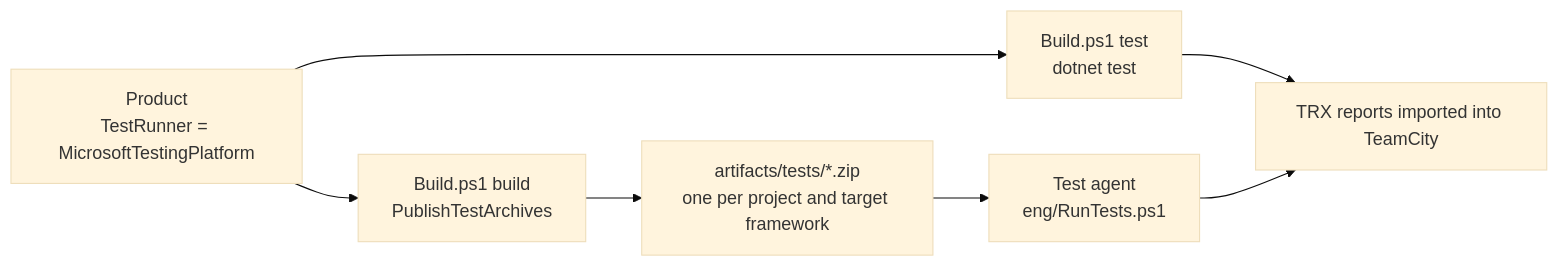
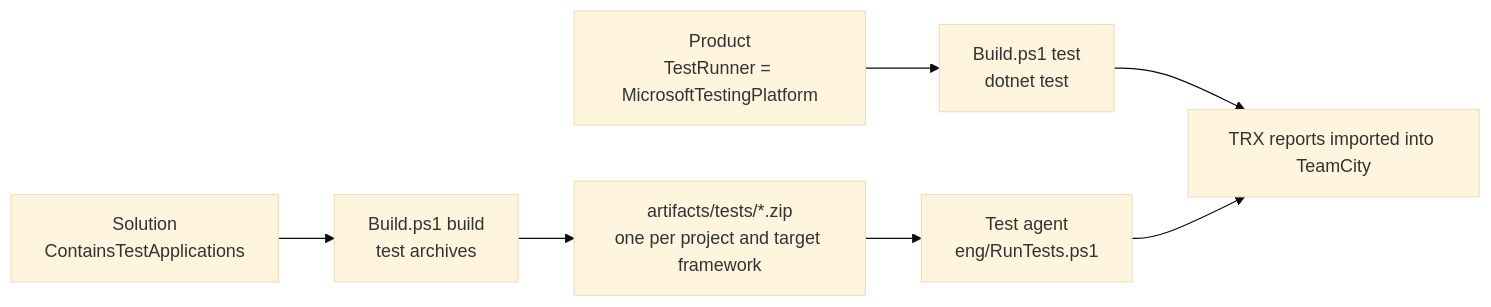
One commit to postsharp-ops/PostSharp.Engineering changed the diagram in doc/testing-platform.md. Above: the diagram before and after it, drawn with Mermaid (base theme). The commit also changed other lines of this file and 10 other files, not shown here.

First line of the commit message:
Derive the publication of the test archives from the solutions

````diff
--- a/doc/testing-platform.md
+++ b/doc/testing-platform.md
@@ -12,9 +12,9 @@
 ```mermaid
 flowchart LR
     P["Product<br/>TestRunner = MicrosoftTestingPlatform"] --> T["Build.ps1 test<br/>dotnet test"]
-    P --> B["Build.ps1 build<br/>PublishTestArchives"]
+    S["Solution<br/>ContainsTestApplications"] --> B["Build.ps1 build<br/>test archives"]
     B --> A["artifacts/tests/*.zip<br/>one per project and target framework"]
     A --> C["Test agent<br/>eng/RunTests.ps1"]
     T --> R["TRX reports imported into TeamCity"]
     C --> R
 ```
````
